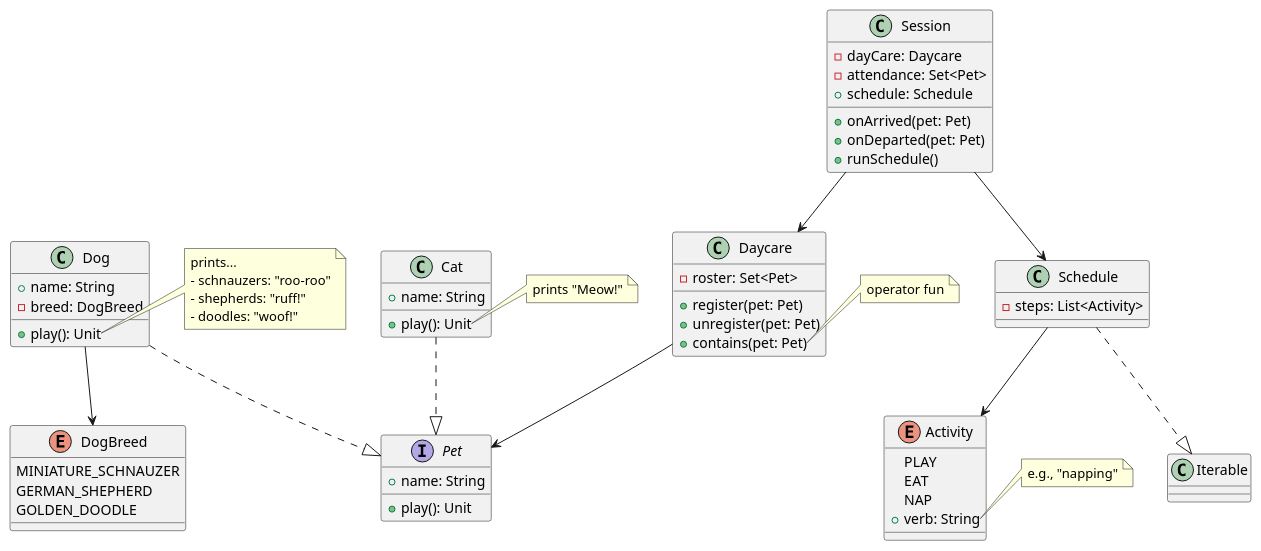
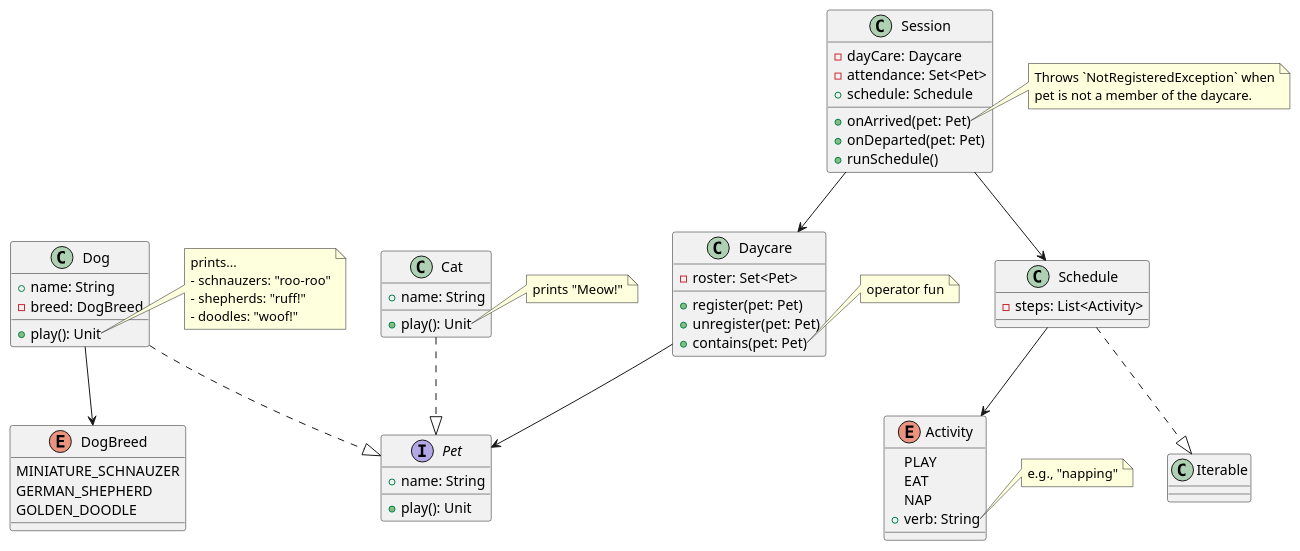
The diagram in uml/ClassDiagram.puml (typealias-studios/video-2025-03-junie-uml), drawn with PlantUML before and after one commit. The commit also changed 3 other files, not shown here.

Commit message:
Add NotRegisteredException

```diff
--- a/uml/ClassDiagram.puml
+++ b/uml/ClassDiagram.puml
@@ -1,76 +1,80 @@
 @startuml
 together {
     interface Pet {
       + name: String
       + play(): Unit
     }
 
     class Dog {
       + name: String
       - breed: DogBreed
       + play(): Unit
     }
     note right of Dog::play
       prints...
       - schnauzers: "roo-roo"
       - shepherds: "ruff!"
       - doodles: "woof!"
     end note
 
     enum DogBreed {
       MINIATURE_SCHNAUZER
       GERMAN_SHEPHERD
       GOLDEN_DOODLE
     }
 
     class Cat {
       + name: String
       + play(): Unit
     }
     note right of Cat::play
       prints "Meow!"
     end note
 }
 
 class Daycare {
   - roster: Set<Pet>
   + register(pet: Pet)
   + unregister(pet: Pet)
   + contains(pet: Pet)
 }
 note right of Daycare::contains
   operator fun
 end note
 
 enum Activity {
   PLAY
   EAT
   NAP
   + verb: String
 }
 note right of Activity::verb
   e.g., "napping"
 end note
 
 class Schedule {
   - steps: List<Activity>
 }
 
 class Session {
   - dayCare: Daycare
   - attendance: Set<Pet>
   + schedule: Schedule
   + onArrived(pet: Pet)
   + onDeparted(pet: Pet)
   + runSchedule()
 }
+note right of Session::onArrived
+  Throws `NotRegisteredException` when
+  pet is not a member of the daycare.
+end note
 
 Dog ..|> Pet
 Cat ..|> Pet
 Dog --> DogBreed
 Daycare --> Pet
 Schedule --> Activity
 Schedule ..|> Iterable
 Session --> Daycare
 Session --> Schedule
 @enduml
```
